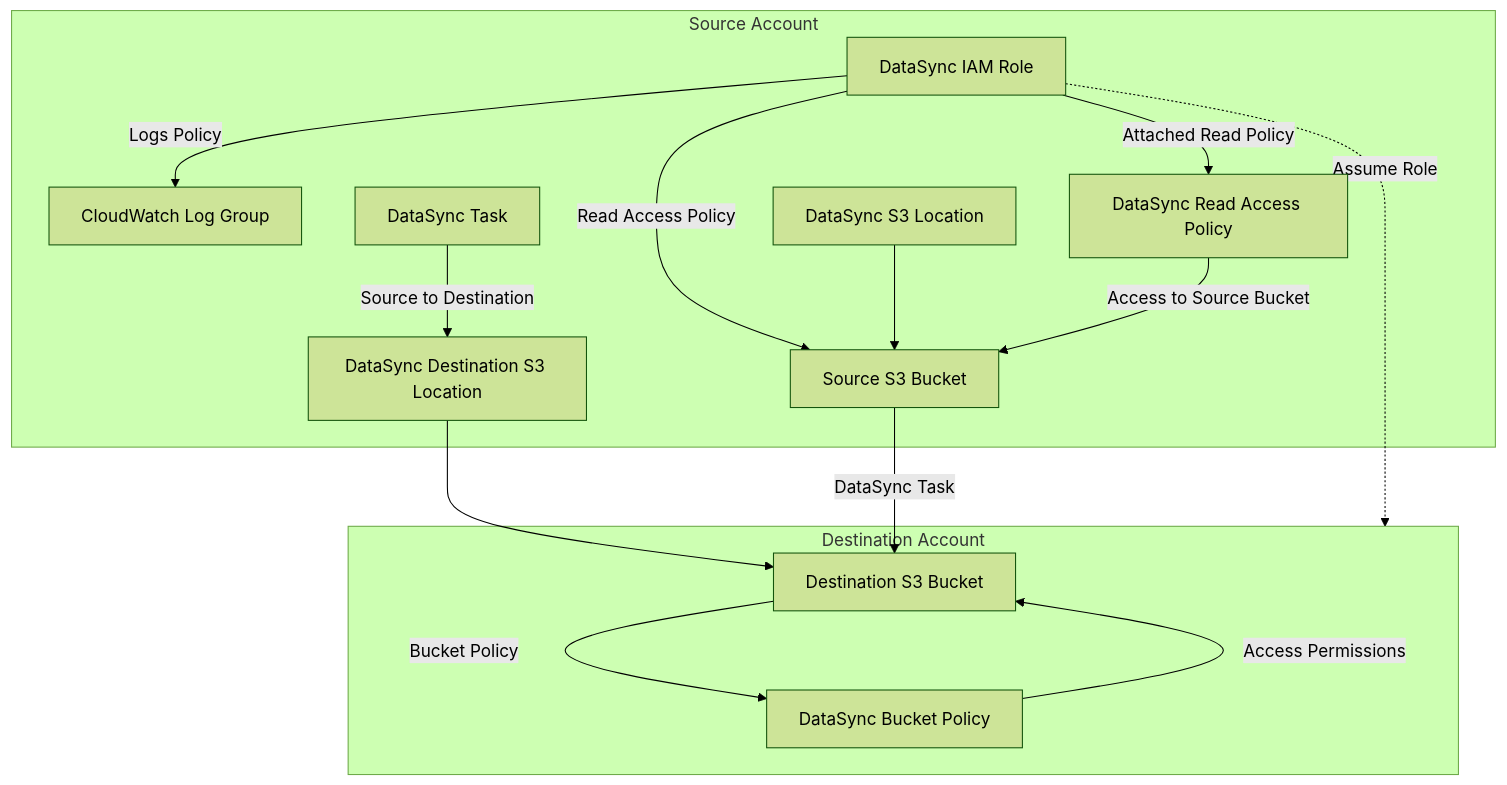
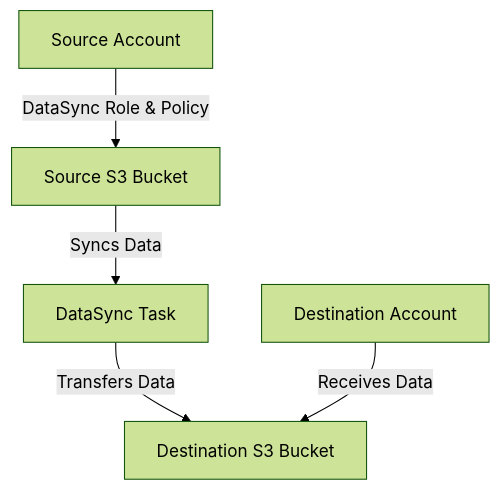
Before and after one commit to entechlog/aws-examples: the second of 3 diagrams in aws-datasync/terraform/README.md, drawn with Mermaid (forest theme). The commit also changed other lines of this file, not shown here.

Commit message:
changes to update the mermaid diagrams

````diff
--- a/aws-datasync/terraform/README.md
+++ b/aws-datasync/terraform/README.md
@@ -84,20 +71,7 @@
 ```mermaid
     graph TD;
-        subgraph SourceAccount[Source Account]
-            SourceRole[DataSync IAM Role] -->|Read Access Policy| SourceS3Bucket[Source S3 Bucket]
-            SourceRole -->|Logs Policy| CloudWatchLogs[CloudWatch Log Group]
-            SourceRole -->|Attached Read Policy| SourcePolicy[DataSync Read Access Policy]
-            SourceDataSyncLocation[DataSync S3 Location] --> SourceS3Bucket
-            DataSyncTask[DataSync Task] -->|Source to Destination| DestinationDataSyncLocation[DataSync Destination S3 Location]
-        end
-
-        subgraph DestinationAccount[Destination Account]
-            DestinationS3Bucket[Destination S3 Bucket] -->|Bucket Policy| DestinationBucketPolicy[DataSync Bucket Policy]
-            DestinationDataSyncLocation --> DestinationS3Bucket
-        end
-
-        SourceS3Bucket -->|DataSync Task| DestinationS3Bucket
-        SourceRole -.->|Assume Role| DestinationAccount
-        SourcePolicy -->|Access to Source Bucket| SourceS3Bucket
-        DestinationBucketPolicy -->|Access Permissions| DestinationS3Bucket
+        SourceAccount[Source Account] -->|DataSync Role & Policy| SourceS3Bucket[Source S3 Bucket]
+        SourceS3Bucket -->|Syncs Data| DataSyncTask[DataSync Task]
+        DataSyncTask -->|Transfers Data| DestinationS3Bucket[Destination S3 Bucket]
+        DestinationAccount[Destination Account] -->|Receives Data| DestinationS3Bucket
 ```
````
